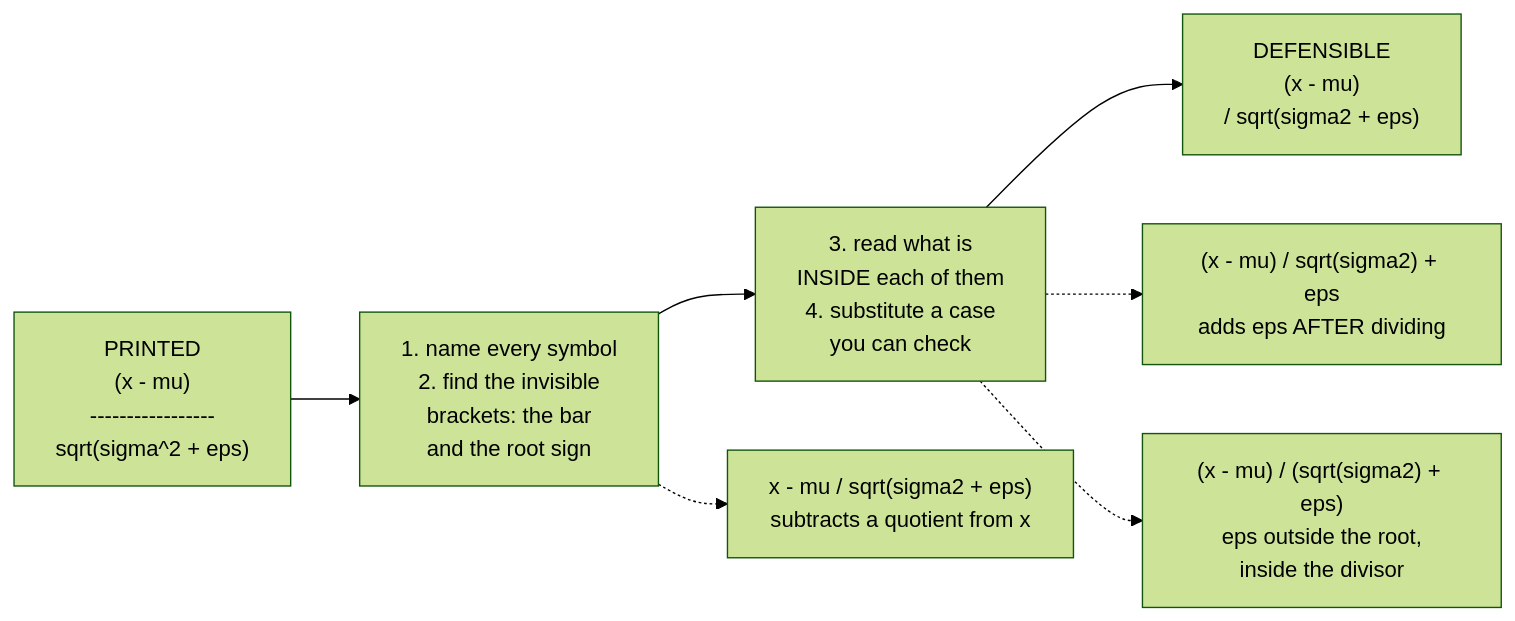
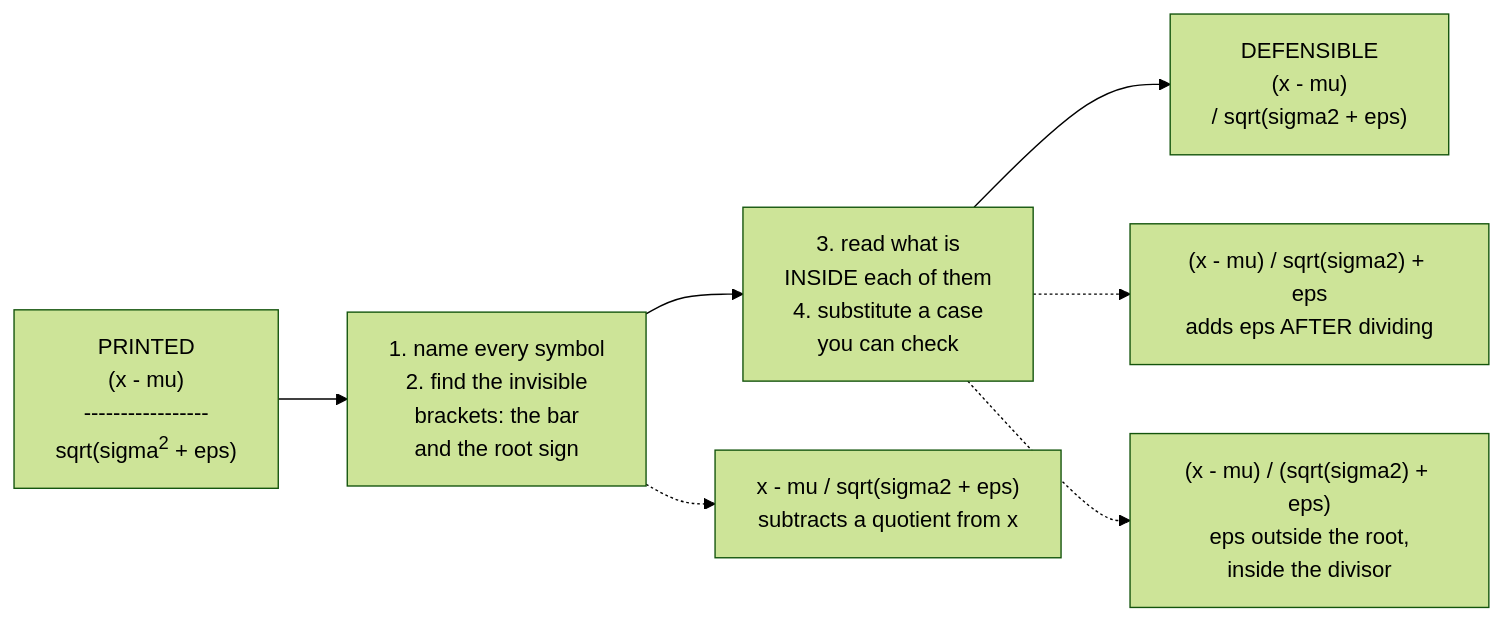
One commit to konradcinkusz/math-for-ai-engineers changed the diagram in figures/mermaid/en/f02-equation-to-code.mmd. Above: the diagram before and after it, drawn with Mermaid (forest theme). The commit also changed 24 other files, not shown here.

```diff
--- a/figures/mermaid/en/f02-equation-to-code.mmd
+++ b/figures/mermaid/en/f02-equation-to-code.mmd
@@ -1,10 +1,10 @@
 flowchart LR
-  P["PRINTED<br/>(x - mu)<br/>-----------------<br/>sqrt(sigma^2 + eps)"]
+  P["PRINTED<br/>(x - mu)<br/>-----------------<br/>sqrt(sigma<sup>2</sup> + eps)"]
 
   P --> A["1. name every symbol<br/>2. find the invisible<br/>brackets: the bar<br/>and the root sign"]
   A --> B["3. read what is<br/>INSIDE each of them<br/>4. substitute a case<br/>you can check"]
   B --> OK["DEFENSIBLE<br/>(x - mu)<br/>/ sqrt(sigma2 + eps)"]
 
   A -.-> W1["x - mu / sqrt(sigma2 + eps)<br/>subtracts a quotient from x"]
   B -.-> W2["(x - mu) / sqrt(sigma2) + eps<br/>adds eps AFTER dividing"]
   B -.-> W3["(x - mu) / (sqrt(sigma2) + eps)<br/>eps outside the root,<br/>inside the divisor"]
```
